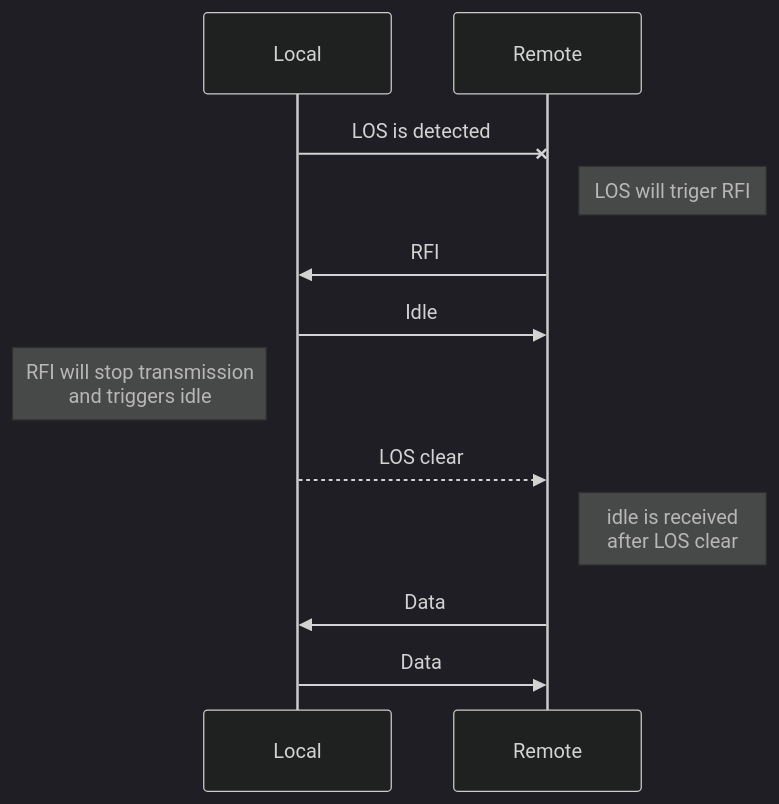
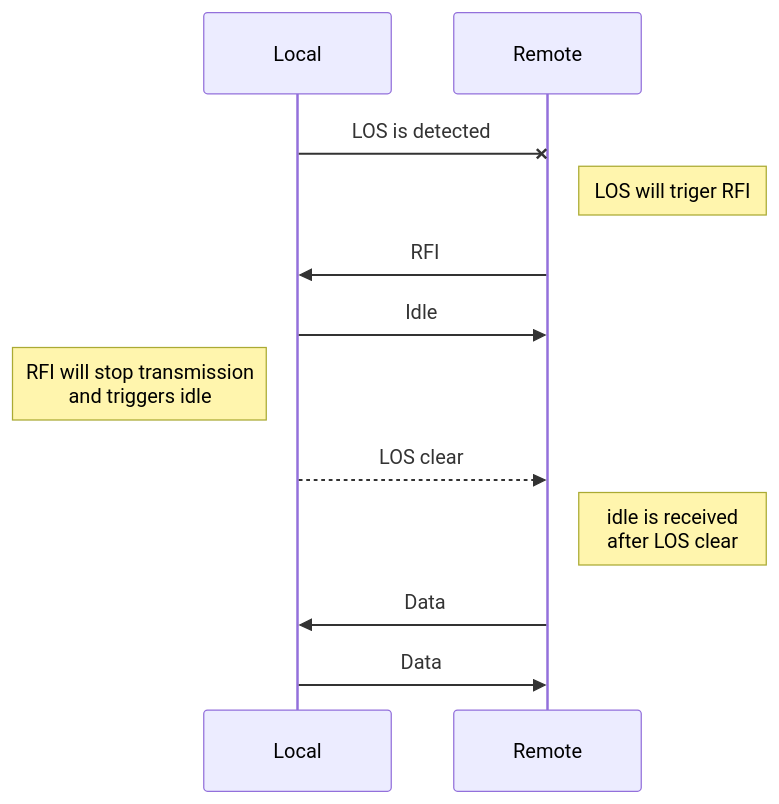
One commit to jeffatoptics/jeff-minima changed the fourth of 4 diagrams in _posts/2022-04-28-test-katex-with-mermaid.md. Above: the diagram before and after it, drawn with Mermaid. The commit also changed other lines of this file and 1 other file, not shown here.

Commit message:
mermaid update

```diff
--- a/_posts/2022-04-28-test-katex-with-mermaid.md
+++ b/_posts/2022-04-28-test-katex-with-mermaid.md
@@ -147,17 +84,15 @@
 <div class="mermaid">
-%%{init: {'theme':'dark'}}%%
-
 sequenceDiagram 
     participant Local
     participant Remote
     Local-xRemote: LOS is detected
     Note right of Remote: LOS will triger RFI
     Remote->>Local: RFI
     Local->>Remote: Idle 
     Note left of Local: RFI will stop transmission <br> and triggers idle
     
     Local-->>Remote: LOS clear
     Note right of Remote: idle is received <br> after LOS clear
     Remote->>Local: Data
     Local->>Remote: Data
 </div>
```
